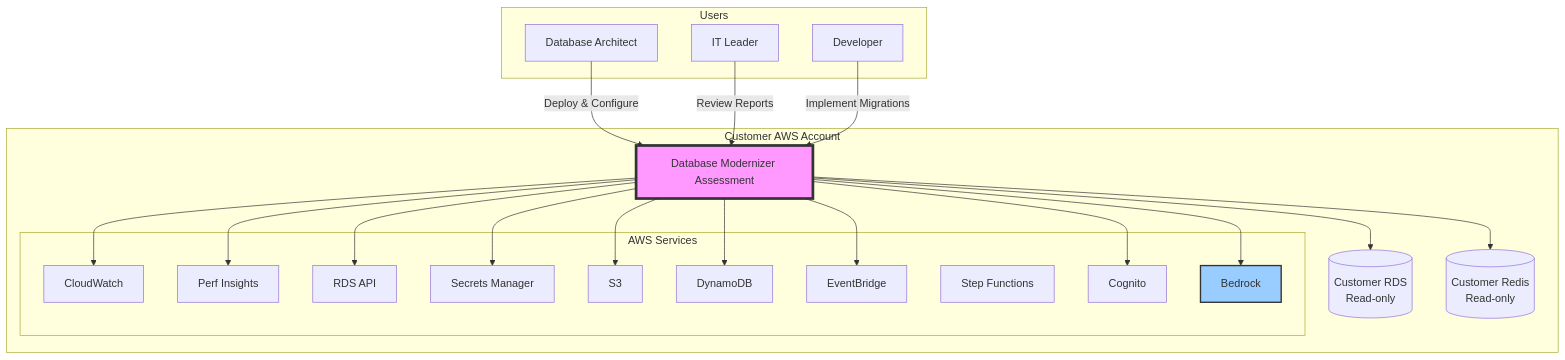
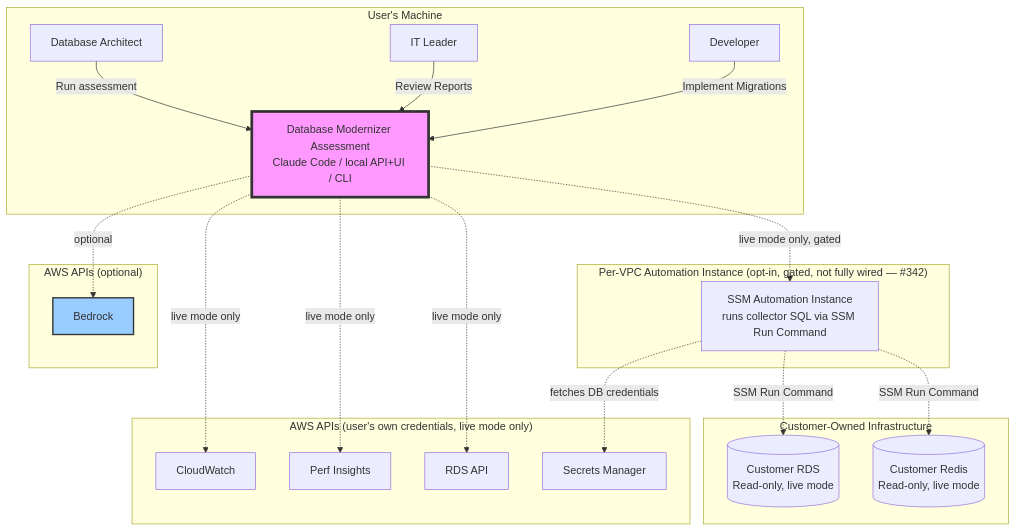
One commit to aws-samples/sample-aws-genai-db-modernizer changed the diagram in docs/architecture/diagrams/01-system-context.md. Above: the diagram before and after it, drawn with Mermaid. The commit also changed other lines of this file and 85 other files, not shown here.

````diff
--- a/docs/architecture/diagrams/01-system-context.md
+++ b/docs/architecture/diagrams/01-system-context.md
@@ -5,33 +8,40 @@
 ```mermaid
 graph TB
-    subgraph "Users"
+    subgraph "User's Machine"
         DBA[Database Architect]
         ITL[IT Leader]
         DEV[Developer]
+        DBM[Database Modernizer Assessment<br/>Claude Code / local API+UI / CLI]
     end
 
-    subgraph "Customer AWS Account"
-        DBM[Database Modernizer Assessment]
-        RDS[(Customer RDS<br/>Read-only)]
-        REDIS[(Customer Redis<br/>Read-only)]
-
-        subgraph "AWS Services"
-            CW[CloudWatch] & PI[Perf Insights] & RDS_API[RDS API]
-            SM[Secrets Manager] & S3[S3] & DDB[DynamoDB]
-            EB[EventBridge] & SF[Step Functions]
-            COGNITO[Cognito] & BEDROCK[Bedrock]
-        end
+    subgraph "Per-VPC Automation Instance (opt-in, gated, not fully wired — #342)"
+        AUTO[SSM Automation Instance<br/>runs collector SQL via SSM Run Command]
     end
 
-    DBA -->|Deploy & Configure| DBM
+    subgraph "Customer-Owned Infrastructure"
+        RDS[(Customer RDS<br/>Read-only, live mode)]
+        REDIS[(Customer Redis<br/>Read-only, live mode)]
+    end
+
+    subgraph "AWS APIs (user's own credentials, live mode only)"
+        CW[CloudWatch] & PI[Perf Insights] & RDS_API[RDS API]
+        SM[Secrets Manager]
+    end
+
+    subgraph "AWS APIs (optional)"
+        BEDROCK[Bedrock]
+    end
+
+    DBA -->|Run assessment| DBM
     ITL -->|Review Reports| DBM
     DEV -->|Implement Migrations| DBM
 
-    DBM --> RDS & REDIS
-    DBM --> CW & PI & RDS_API & SM
-    DBM --> S3 & DDB & EB
-    DBM --> COGNITO & BEDROCK
+    DBM -.->|live mode only, gated| AUTO
+    AUTO -.->|SSM Run Command| RDS & REDIS
+    DBM -.->|live mode only| CW & PI & RDS_API
+    AUTO -.->|fetches DB credentials| SM
+    DBM -.->|optional| BEDROCK
 
     style DBM fill:#f9f,stroke:#333,stroke-width:4px
     style BEDROCK fill:#9cf,stroke:#333,stroke-width:2px
 ```
````
